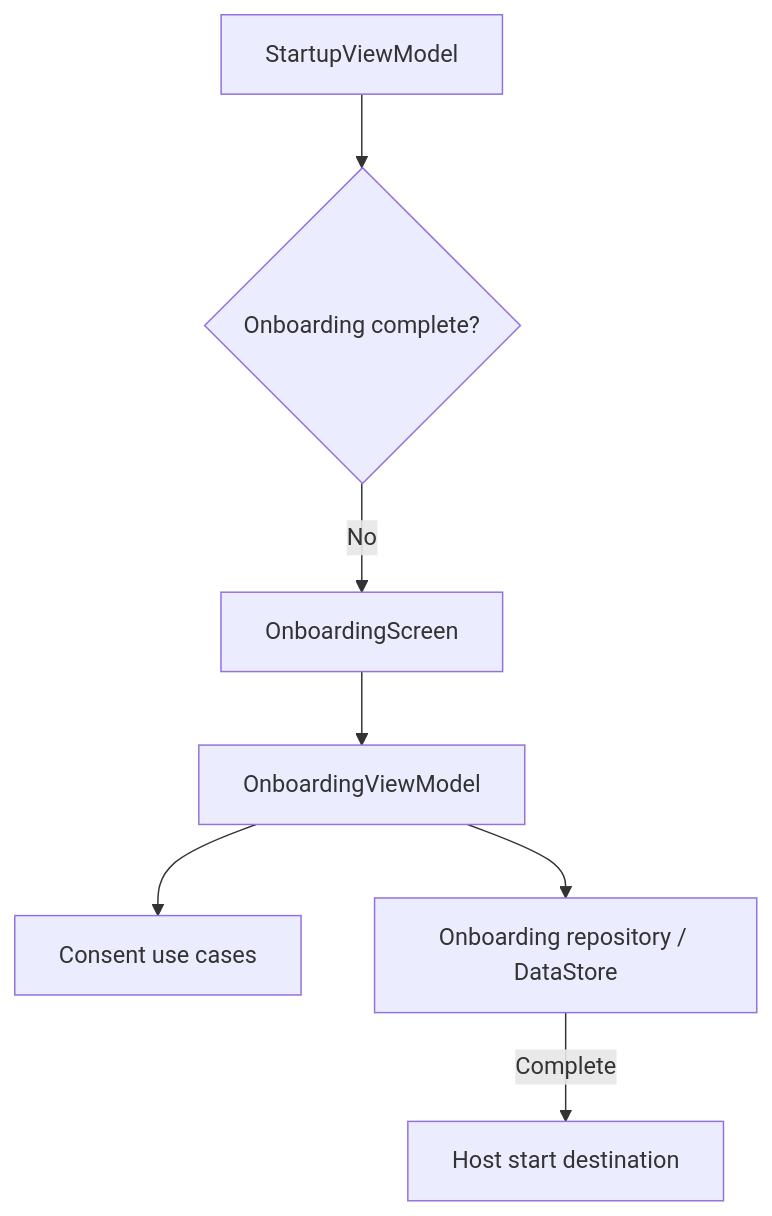
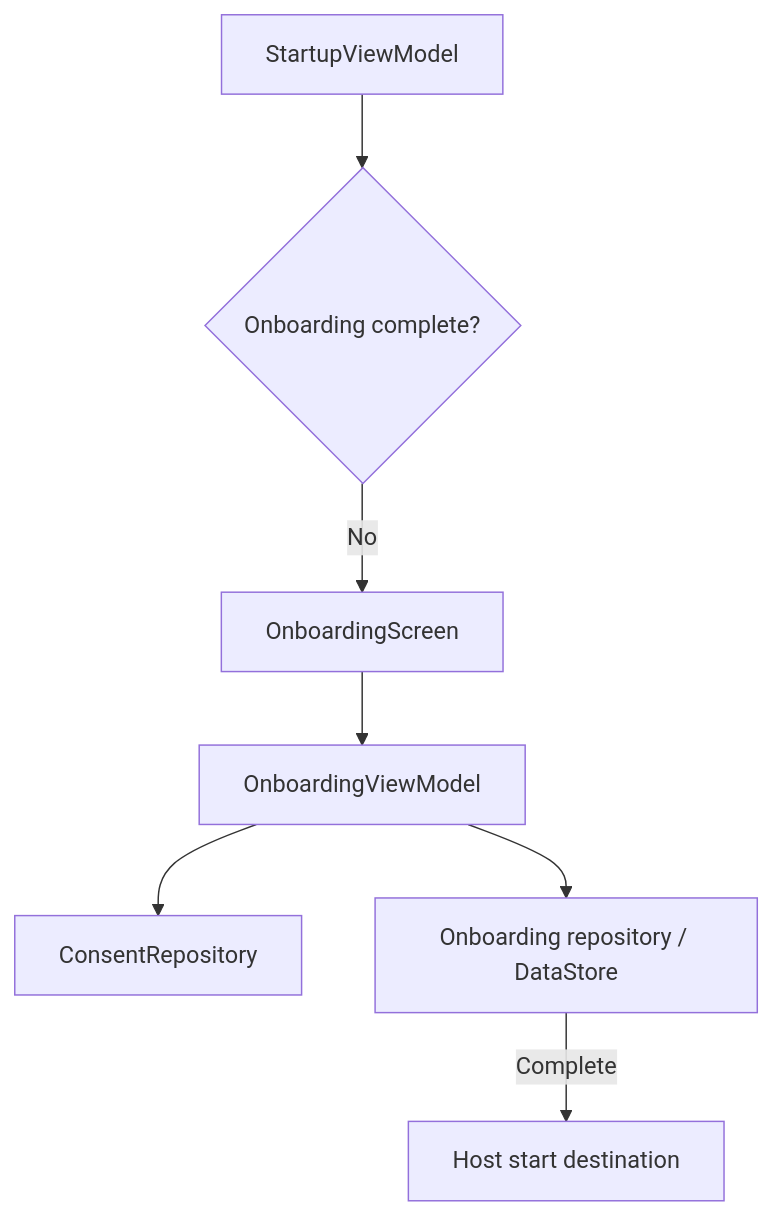
Before and after one commit to MihaiCristianCondrea/App-Toolkit-for-Android: the diagram in library/feature/onboarding/README.md, drawn with Mermaid. The commit also changed other lines of this file and 41 other files, not shown here.

````diff
--- a/library/feature/onboarding/README.md
+++ b/library/feature/onboarding/README.md
@@ -32,9 +32,9 @@
 ```mermaid
 flowchart TD
     Startup[StartupViewModel] --> Completed{Onboarding complete?}
     Completed -->|No| Screen[OnboardingScreen]
     Screen --> VM[OnboardingViewModel]
-    VM --> Consent[Consent use cases]
+    VM --> Consent[ConsentRepository]
     VM --> Store[Onboarding repository / DataStore]
     Store -->|Complete| Host[Host start destination]
 ```
````
